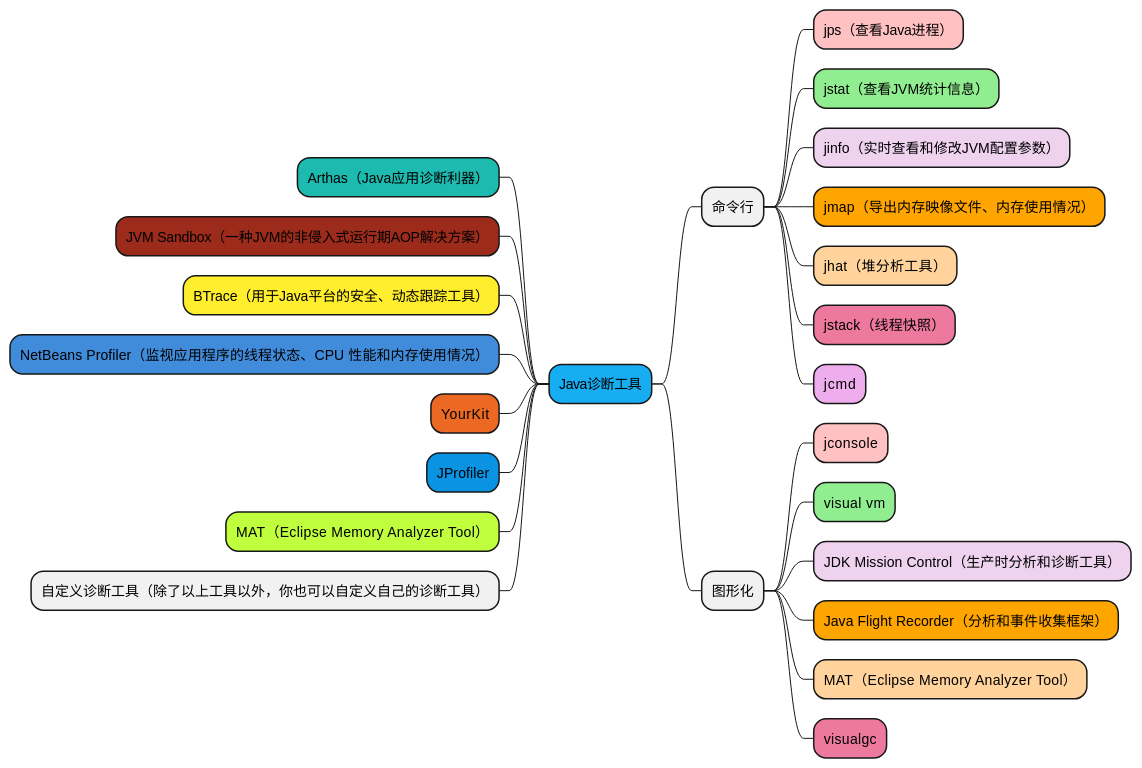
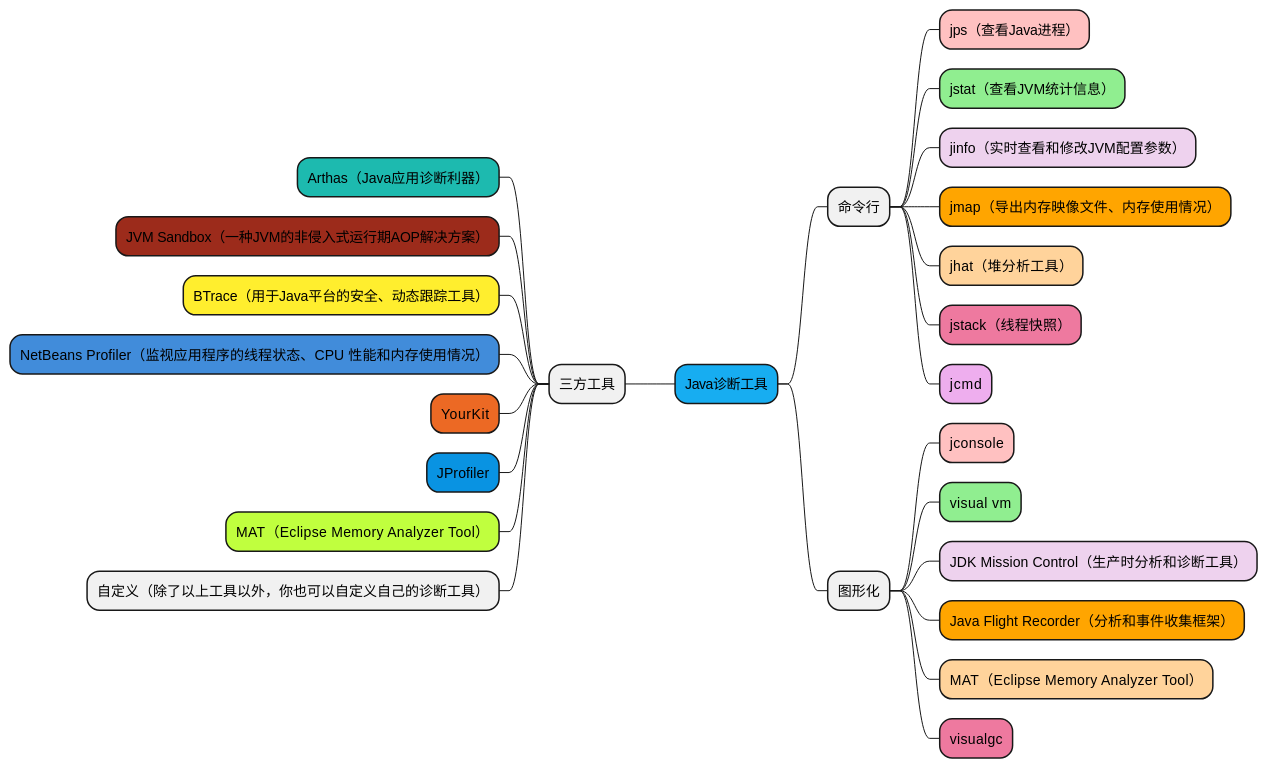
The diagram in docs/java/tools/overview.md (youngledo/java-guide), drawn with PlantUML before and after one commit. The commit also changed other lines of this file and 3 other files, not shown here.

````diff
--- a/docs/java/tools/overview.md
+++ b/docs/java/tools/overview.md
@@ -18,28 +20,29 @@
 ```plantuml
 @startmindmap
 +[#17ADF1] Java诊断工具
 ++ 命令行
 +++[#FFC1C1] jps（查看Java进程）
 +++[#90EE90] jstat（查看JVM统计信息）
 +++[#EED2EE] jinfo（实时查看和修改JVM配置参数）
 +++[#FFA500] jmap（导出内存映像文件、内存使用情况）
 +++[#FFD39B] jhat（堆分析工具）
 +++[#EE799F] jstack（线程快照）
 +++[#EEAEEE] jcmd
 ++ 图形化
 +++[#FFC1C1] jconsole
 +++[#90EE90] visual vm
 +++[#EED2EE] JDK Mission Control（生产时分析和诊断工具）
 +++[#FFA500] Java Flight Recorder（分析和事件收集框架）
 +++[#FFD39B] MAT（Eclipse Memory Analyzer Tool）
 +++[#EE799F] visualgc
---[#1DBAAF] Arthas（Java应用诊断利器）
---[#9C2B1B] JVM Sandbox（一种JVM的非侵入式运行期AOP解决方案）
---[#FFEE2E] BTrace（用于Java平台的安全、动态跟踪工具）
---[#418CDA] NetBeans Profiler（监视应用程序的线程状态、CPU 性能和内存使用情况）
---[#EC6924] YourKit
---[#0993E2] JProfiler
---[#C0FF3E] MAT（Eclipse Memory Analyzer Tool）
--- 自定义诊断工具（除了以上工具以外，你也可以自定义自己的诊断工具）
+-- 三方工具
+---[#1DBAAF] Arthas（Java应用诊断利器）
+---[#9C2B1B] JVM Sandbox（一种JVM的非侵入式运行期AOP解决方案）
+---[#FFEE2E] BTrace（用于Java平台的安全、动态跟踪工具）
+---[#418CDA] NetBeans Profiler（监视应用程序的线程状态、CPU 性能和内存使用情况）
+---[#EC6924] YourKit
+---[#0993E2] JProfiler
+---[#C0FF3E] MAT（Eclipse Memory Analyzer Tool）
+--- 自定义（除了以上工具以外，你也可以自定义自己的诊断工具）
 @endmindmap
 ```
````
